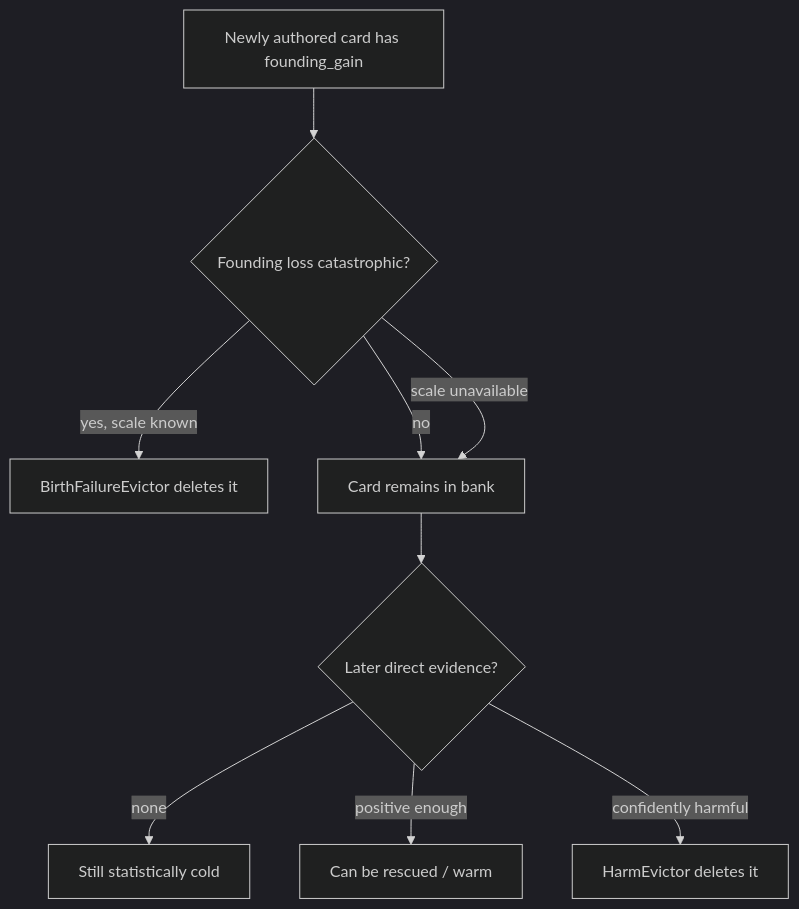
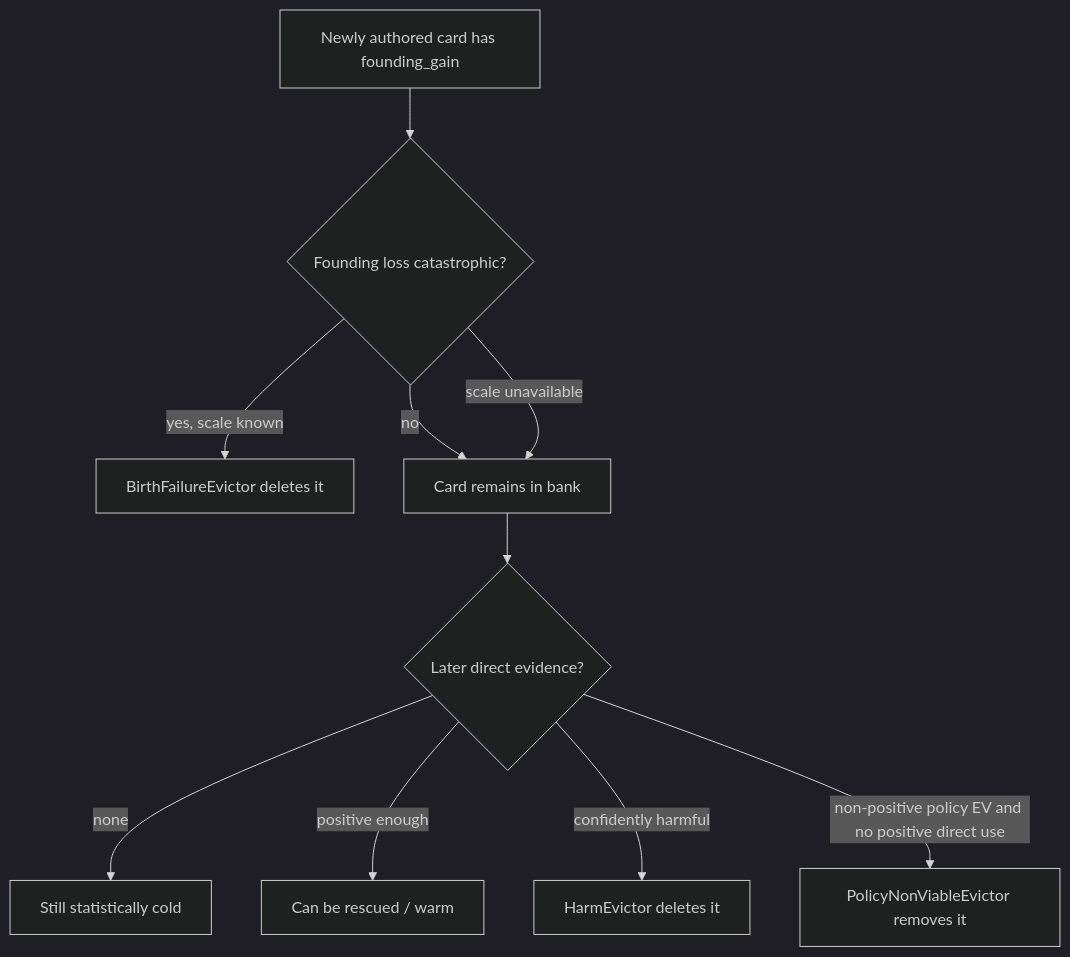
Before and after one commit to FusionBrainLab/gigaevo-core: the fourth of 8 diagrams in docs/MEMORY_LIFECYCLE_TUTORIAL.md, drawn with Mermaid (dark theme). The commit also changed other lines of this file and 15 other files, not shown here.

````diff
--- a/docs/MEMORY_LIFECYCLE_TUTORIAL.md
+++ b/docs/MEMORY_LIFECYCLE_TUTORIAL.md
@@ -392,11 +398,12 @@
 ```mermaid
 flowchart TD
     A[Newly authored card has founding_gain] --> B{Founding loss catastrophic?}
     B -->|yes, scale known| C[BirthFailureEvictor deletes it]
     B -->|no| D[Card remains in bank]
     B -->|scale unavailable| D
     D --> E{Later direct evidence?}
     E -->|none| F[Still statistically cold]
     E -->|positive enough| G[Can be rescued / warm]
     E -->|confidently harmful| H[HarmEvictor deletes it]
+    E -->|non-positive policy EV and no positive direct use| I[PolicyNonViableEvictor removes it]
 ```
````
